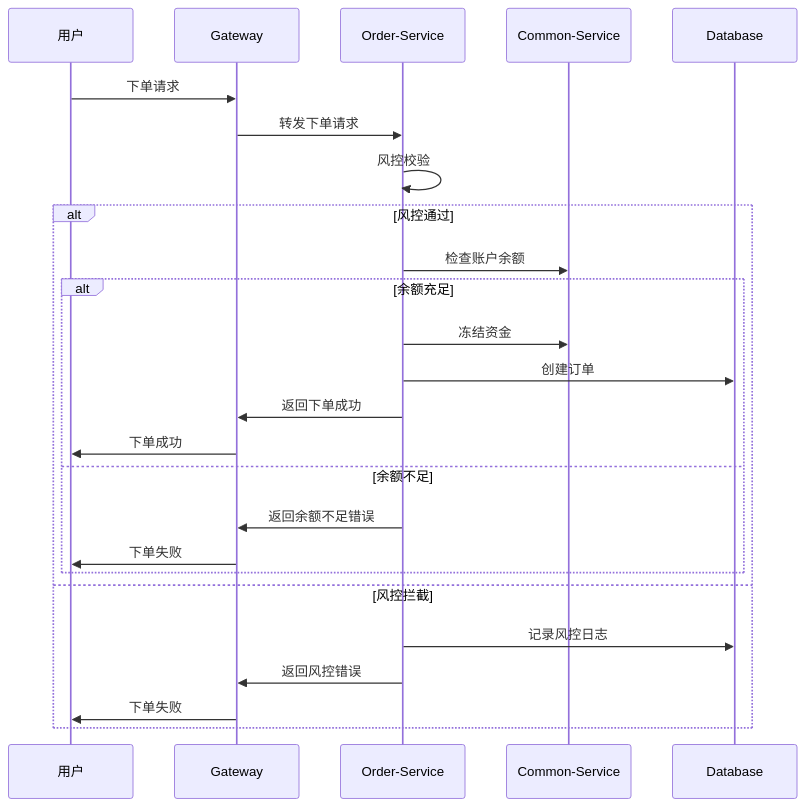
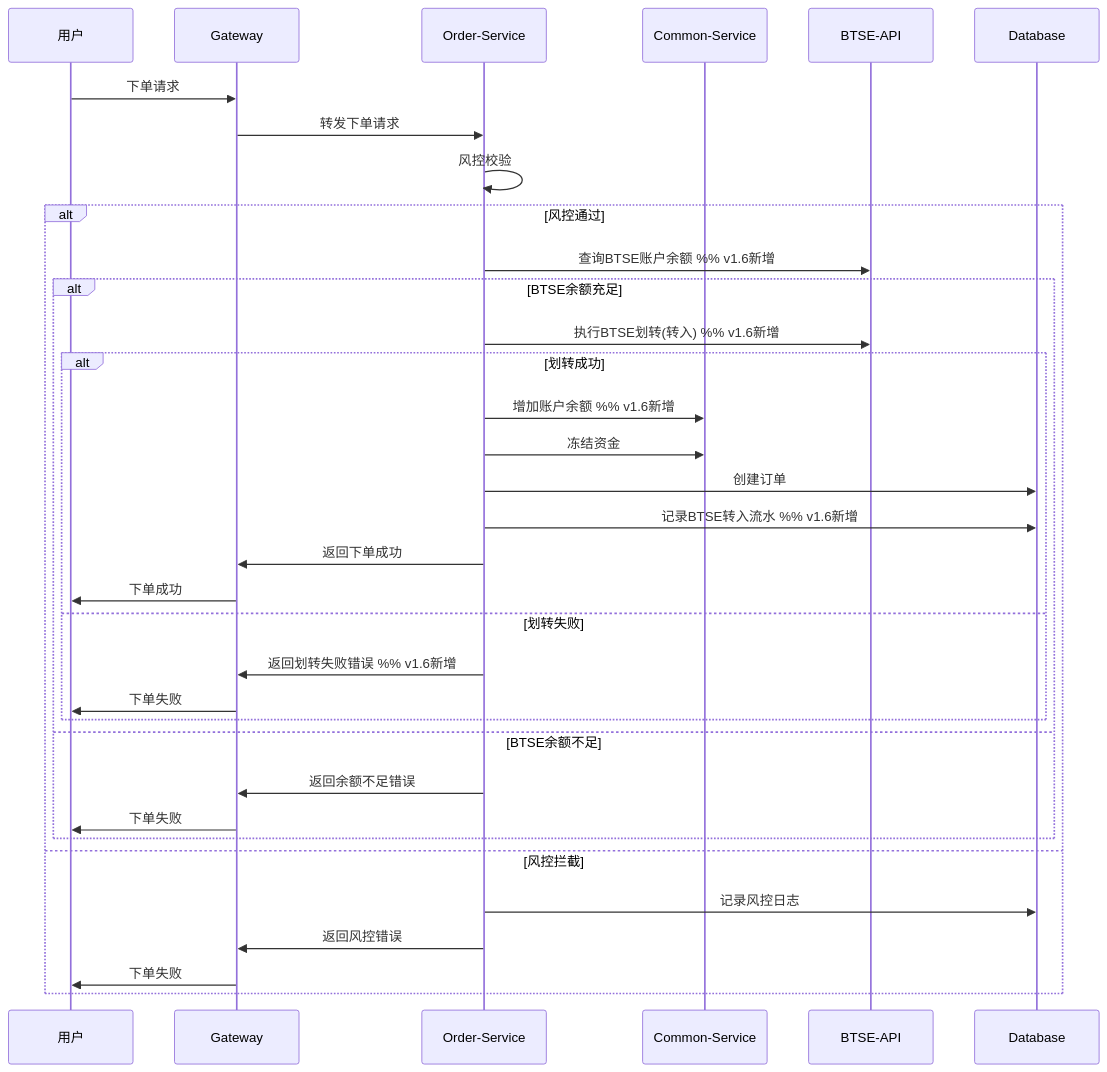
The third of 7 diagrams in 2. 设计类/207_详细设计文档.md (barry428/BinaryOptionDocs), drawn with Mermaid before and after one commit. The commit also changed other lines of this file and 8 other files, not shown here.

````diff
--- a/2. 设计类/207_详细设计文档.md
+++ b/2. 设计类/207_详细设计文档.md
@@ -934,28 +1005,37 @@
 ```mermaid
 sequenceDiagram
     participant U as 用户
     participant G as Gateway
     participant O as Order-Service
     participant C as Common-Service
+    participant B as BTSE-API
     participant DB as Database
 
     U->>G: 下单请求
     G->>O: 转发下单请求
     O->>O: 风控校验
     alt 风控通过
-        O->>C: 检查账户余额
-        alt 余额充足
-            O->>C: 冻结资金
-            O->>DB: 创建订单
-            O->>G: 返回下单成功
-            G->>U: 下单成功
-        else 余额不足
+        O->>B: 查询BTSE账户余额  %% v1.6新增
+        alt BTSE余额充足
+            O->>B: 执行BTSE划转(转入)  %% v1.6新增
+            alt 划转成功
+                O->>C: 增加账户余额  %% v1.6新增
+                O->>C: 冻结资金
+                O->>DB: 创建订单
+                O->>DB: 记录BTSE转入流水  %% v1.6新增
+                O->>G: 返回下单成功
+                G->>U: 下单成功
+            else 划转失败
+                O->>G: 返回划转失败错误  %% v1.6新增
+                G->>U: 下单失败
+            end
+        else BTSE余额不足
             O->>G: 返回余额不足错误
             G->>U: 下单失败
         end
     else 风控拦截
         O->>DB: 记录风控日志
         O->>G: 返回风控错误
         G->>U: 下单失败
     end
 ```
````
